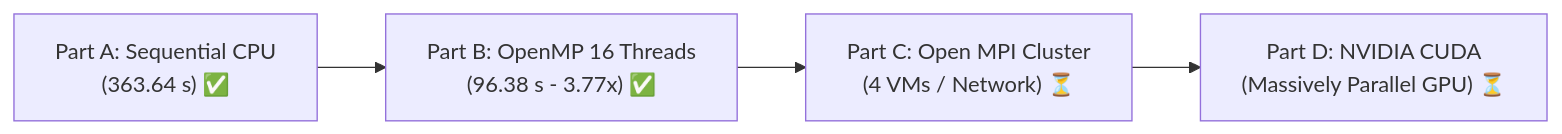
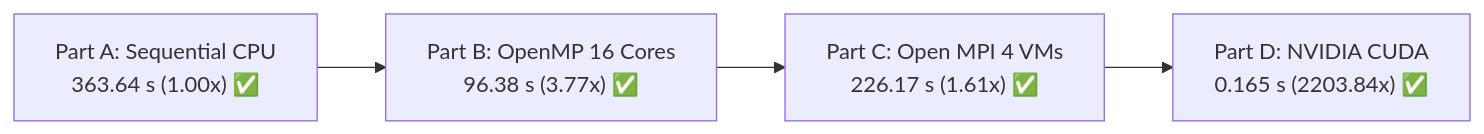
The diagram in README.md (akaraj187/PGC-Lab_Experiment1), drawn with Mermaid before and after one commit. The commit also changed other lines of this file and 2 other files, not shown here.

Commit message:
docs: update README with MPI and CUDA experimental results, benchmarks, and screenshots

````diff
--- a/README.md
+++ b/README.md
@@ -249,6 +560,6 @@
 ```mermaid
 flowchart LR
-    A["Part A: Sequential CPU<br>(363.64 s) ✅"] --> B["Part B: OpenMP 16 Threads<br>(96.38 s - 3.77x) ✅"]
-    B --> C["Part C: Open MPI Cluster<br>(4 VMs / Network) ⏳"]
-    C --> D["Part D: NVIDIA CUDA<br>(Massively Parallel GPU) ⏳"]
+    A["Part A: Sequential CPU<br>363.64 s (1.00x) ✅"] --> B["Part B: OpenMP 16 Cores<br>96.38 s (3.77x) ✅"]
+    B --> C["Part C: Open MPI 4 VMs<br>226.17 s (1.61x) ✅"]
+    C --> D["Part D: NVIDIA CUDA<br>0.165 s (2203.84x) ✅"]
 ```
````
